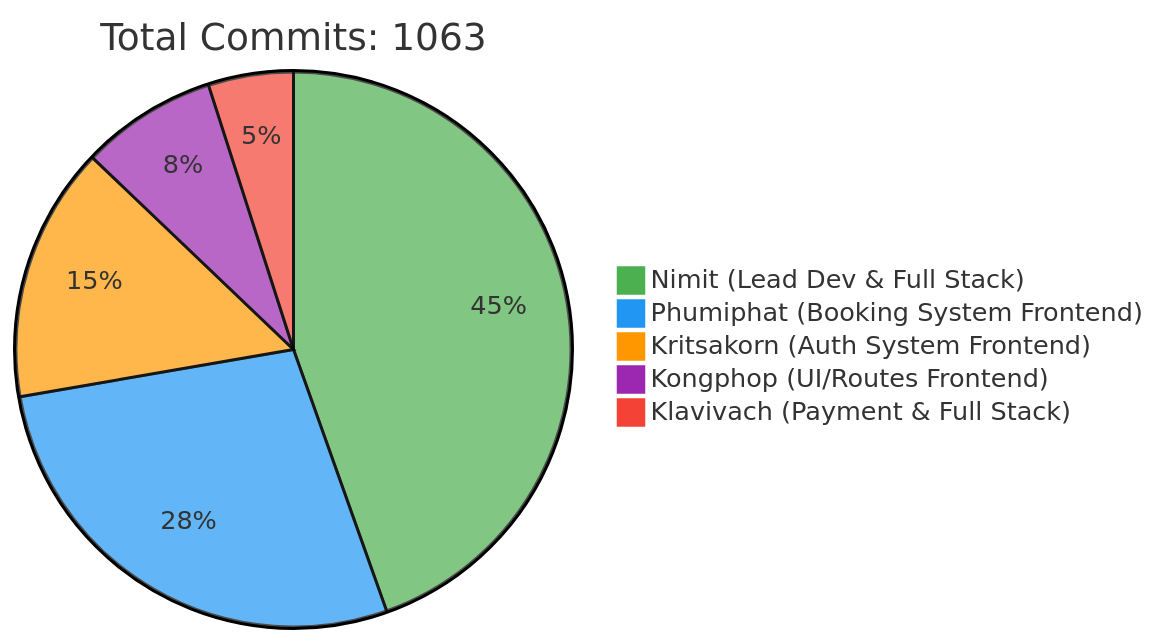
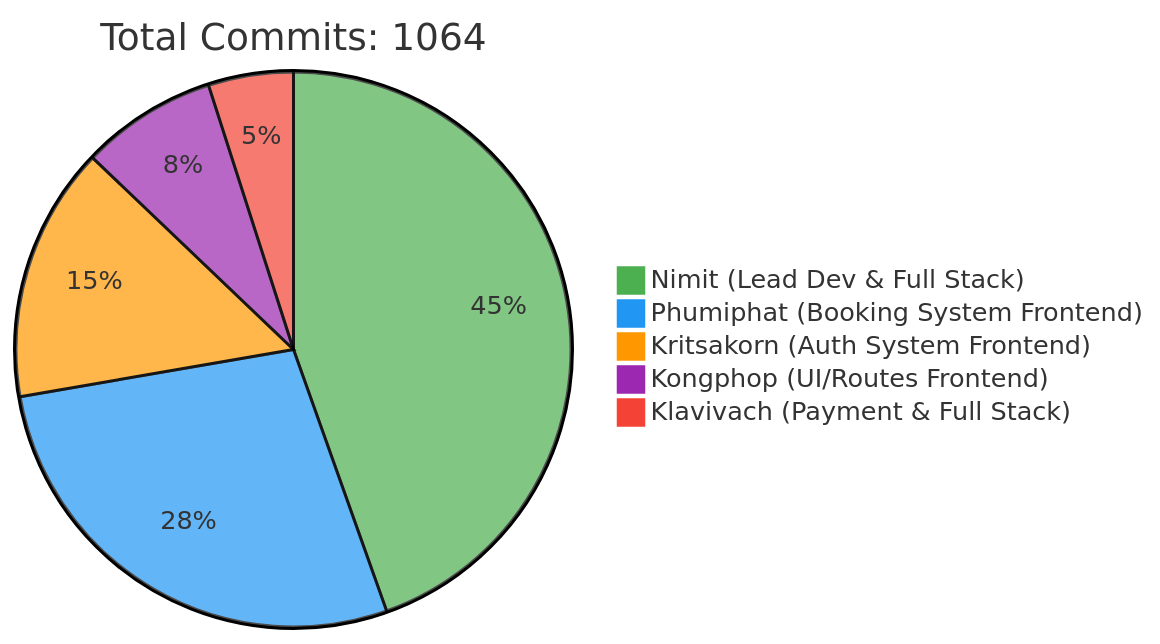
Before and after one commit to 6531503042/Sport-Complex: the first of 2 diagrams in README.md, drawn with Mermaid. The commit also changed other lines of this file, not shown here.

Commit message:
docs: Update contributor statistics [skip ci]

````diff
--- a/README.md
+++ b/README.md
@@ -240,10 +240,10 @@
 ```mermaid
 %%{init: {'theme': 'base', 'themeVariables': { 'pie1': '#4CAF50', 'pie2': '#2196F3', 'pie3': '#FF9800', 'pie4': '#9C27B0', 'pie5': '#F44336'}}}%%
 pie
-    title Total Commits: 1063
+    title Total Commits: 1064
     "Nimit (Lead Dev & Full Stack)" : 450
     "Phumiphat (Booking System Frontend)" : 280
     "Kritsakorn (Auth System Frontend)" : 150
     "Kongphop (UI/Routes Frontend)" : 80
     "Klavivach (Payment & Full Stack)" : 50
 ```
````
